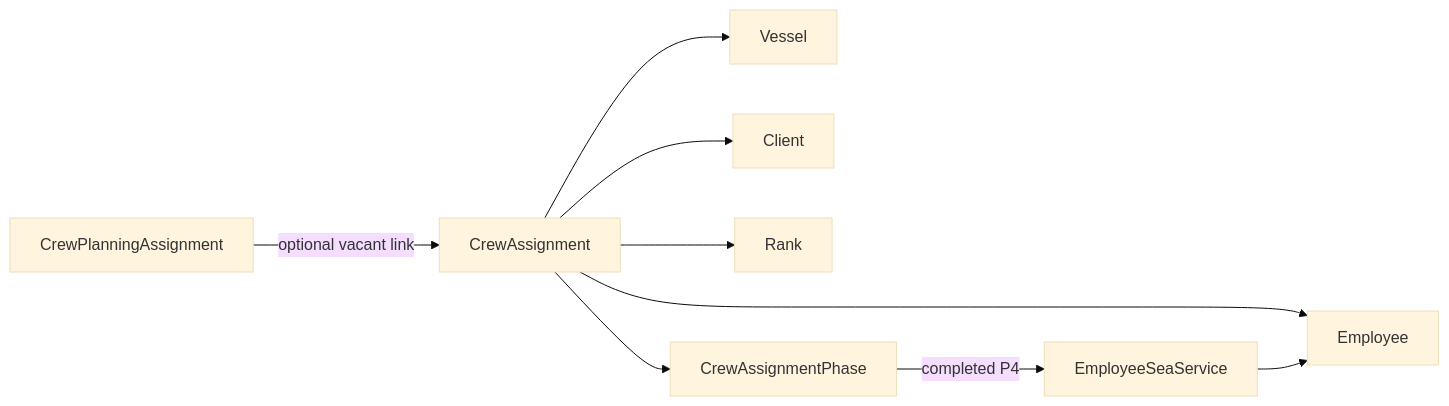
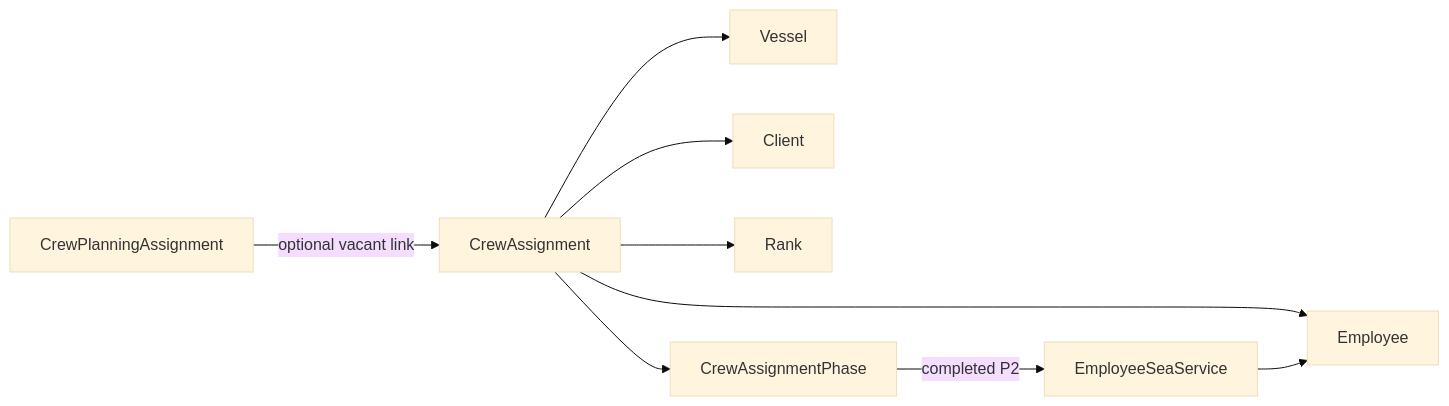
The sixth of 8 diagrams in docs/architecture/domains.md (rabil007/HRM), drawn with Mermaid (base theme) before and after one commit. The commit also changed other lines of this file and 91 other files, not shown here.

First line of the commit message:
Complete six-phase crew lifecycle terminology and legacy cleanup (#245)

````diff
--- a/docs/architecture/domains.md
+++ b/docs/architecture/domains.md
@@ -573,11 +573,11 @@
 ```mermaid
 flowchart LR
     CrewPlanningAssignment -->|optional vacant link| CrewAssignment
     CrewAssignment --> Employee
     CrewAssignment --> Vessel
     CrewAssignment --> Client
     CrewAssignment --> Rank
     CrewAssignment --> CrewAssignmentPhase
-    CrewAssignmentPhase -->|completed P4| EmployeeSeaService
+    CrewAssignmentPhase -->|completed P2| EmployeeSeaService
     EmployeeSeaService --> Employee
 ```
````
